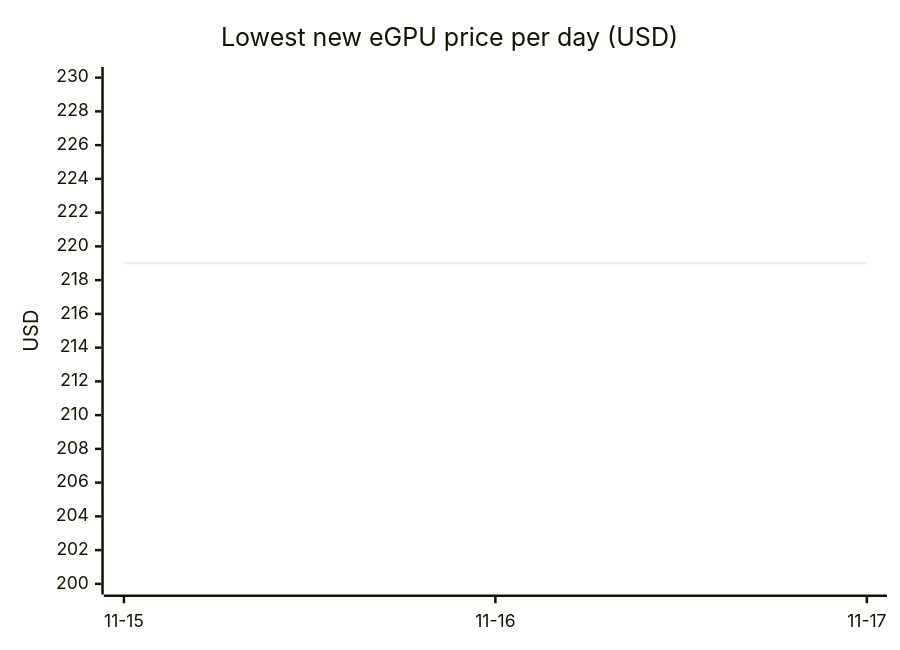
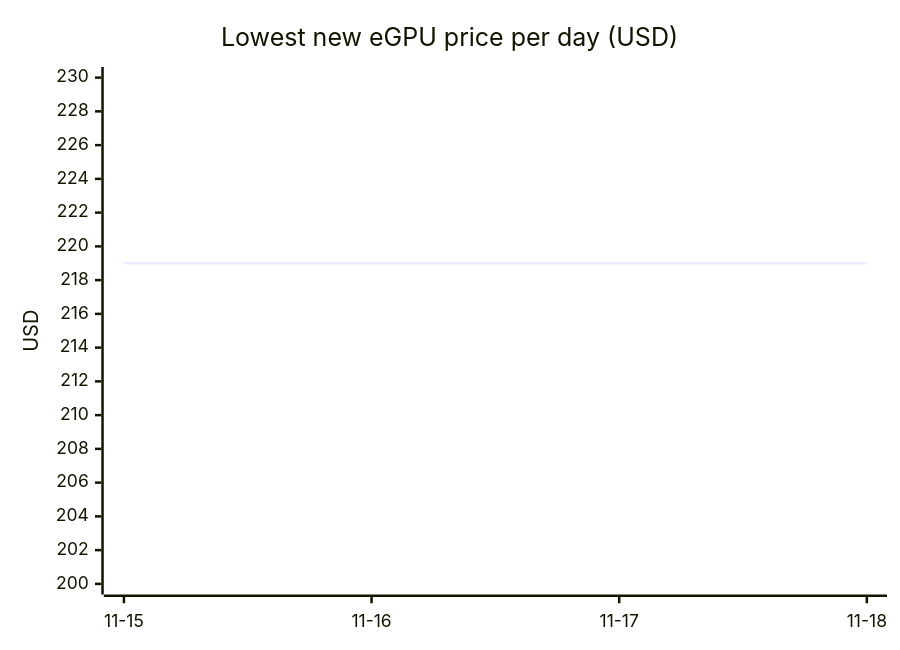
One commit to 7324136828/4tb_ssd_price_watch changed diagram 15 of 18 in README.md. Above: the diagram before and after it, drawn with Mermaid. The commit also changed other lines of this file, not shown here.

````diff
--- a/README.md
+++ b/README.md
@@ -789,7 +854,7 @@
 ```mermaid
 xychart-beta
     title "Lowest new eGPU price per day (USD)"
-    x-axis ["11-15", "11-16", "11-17"]
+    x-axis ["11-15", "11-16", "11-17", "11-18"]
     y-axis "USD" 200 --> 230
-    line [219.00, 219.00, 219.00]
+    line [219.00, 219.00, 219.00, 219.00]
 ```
````
